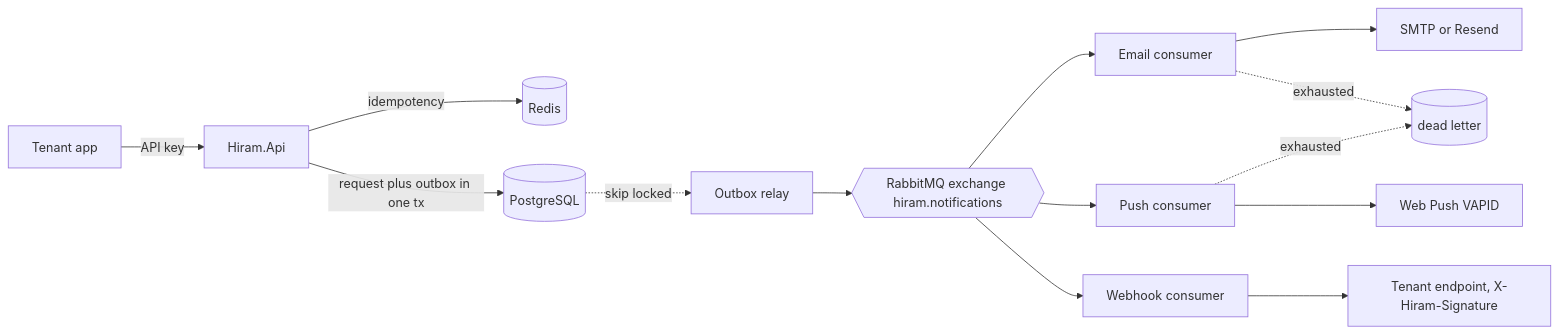
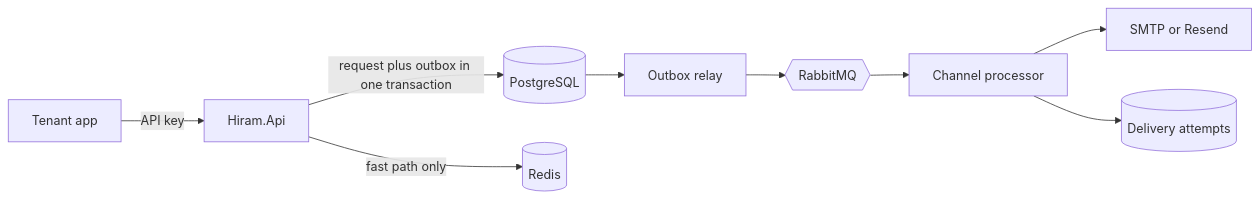
Before and after one commit to michel-az-de/hiram: the diagram in README.md, drawn with Mermaid. The commit also changed other lines of this file and 4 other files, not shown here.

````diff
--- a/README.md
+++ b/README.md
@@ -31,16 +49,11 @@
 ```mermaid
 flowchart LR
   client[Tenant app] -->|API key| api[Hiram.Api]
-  api -->|idempotency| redis[(Redis)]
-  api -->|request plus outbox in one tx| pg[(PostgreSQL)]
-  pg -.->|skip locked| relay[Outbox relay]
-  relay --> mq{{RabbitMQ exchange hiram.notifications}}
-  mq --> email[Email consumer]
-  mq --> push[Push consumer]
-  mq --> webhook[Webhook consumer]
-  email --> smtp[SMTP or Resend]
-  push --> vapid[Web Push VAPID]
-  webhook --> hook[Tenant endpoint, X-Hiram-Signature]
-  email -. exhausted .-> dlq[(dead letter)]
-  push -. exhausted .-> dlq
+  api -->|request plus outbox in one transaction| pg[(PostgreSQL)]
+  api -->|fast path only| redis[(Redis)]
+  pg --> relay[Outbox relay]
+  relay --> mq{{RabbitMQ}}
+  mq --> dispatcher[Channel processor]
+  dispatcher --> provider[SMTP or Resend]
+  dispatcher --> attempts[(Delivery attempts)]
 ```
````
